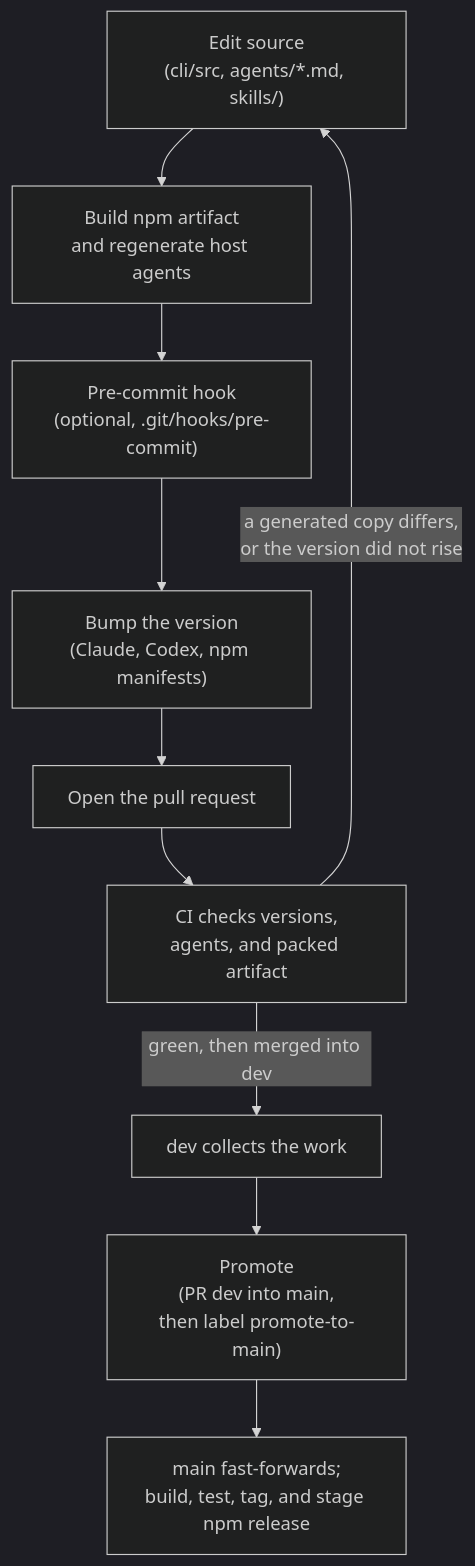
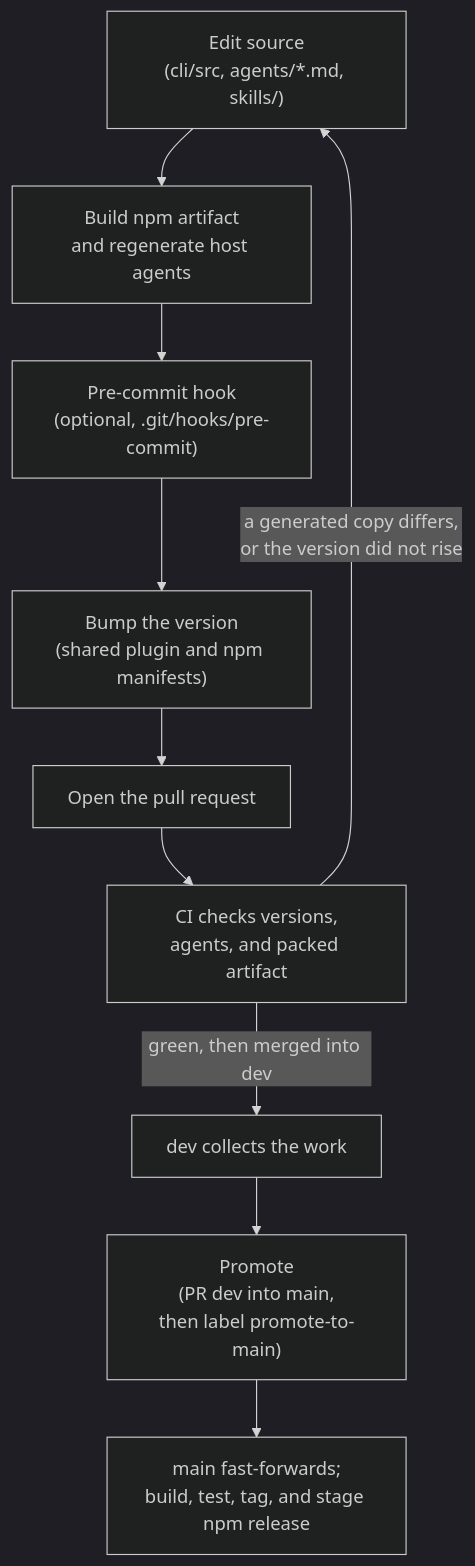
The diagram in CONTRIBUTING.md (ac8318740/acstack), drawn with Mermaid (dark theme) before and after one commit. The commit also changed other lines of this file and 9 other files, not shown here.

First line of the commit message:
fix: preserve native Codex hooks through the shared manifest

````diff
--- a/CONTRIBUTING.md
+++ b/CONTRIBUTING.md
@@ -11,12 +11,12 @@
 ```mermaid
 flowchart TD
     S["Edit source<br/>(cli/src, agents/*.md, skills/)"] --> G["Build npm artifact<br/>and regenerate host agents"]
     G --> H["Pre-commit hook<br/>(optional, .git/hooks/pre-commit)"]
-    H --> B["Bump the version<br/>(Claude, Codex, npm manifests)"]
+    H --> B["Bump the version<br/>(shared plugin and npm manifests)"]
     B --> P["Open the pull request"]
     P --> CI["CI checks versions,<br/>agents, and packed artifact"]
     CI -->|"a generated copy differs,<br/>or the version did not rise"| S
     CI -->|"green, then merged into dev"| D["dev collects the work"]
     D --> L["Promote<br/>(PR dev into main,<br/>then label promote-to-main)"]
     L --> T["main fast-forwards;<br/>build, test, tag, and stage npm release"]
 ```
````
